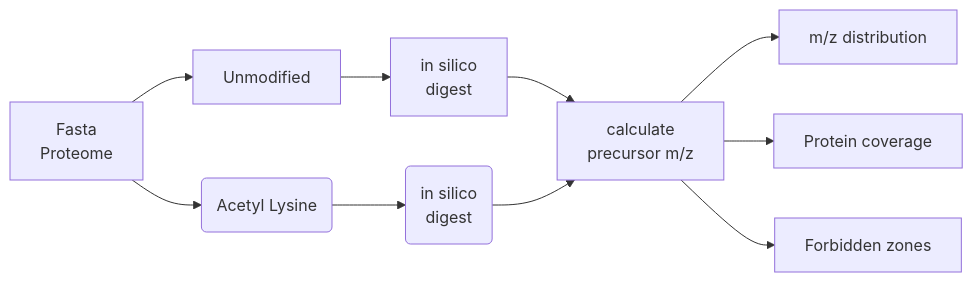
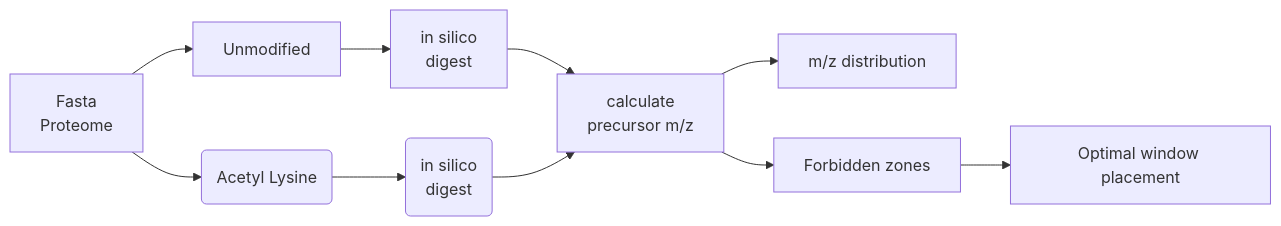
Before and after one commit to baezaj/baezaj.github.io: the diagram in posts/20231203-dia-window-optimization/index.qmd, drawn with Mermaid. The commit also changed other lines of this file and 21 other files, not shown here.

````diff
--- a/posts/20231203-dia-window-optimization/index.qmd
+++ b/posts/20231203-dia-window-optimization/index.qmd
@@ -33,15 +34,15 @@
 ```{mermaid}
 
 
 flowchart LR
   A[Fasta\nProteome] --> C[Unmodified]
   A[Fasta\nProteome] --> D(Acetyl Lysine)
   C --> E[in silico\ndigest]
   D --> F(in silico\ndigest)
   E --> G[calculate\nprecursor m/z]
   F --> G[calculate\nprecursor m/z]
   G --> H[m/z distribution]
-  G --> I[Protein coverage]
   G --> J[Forbidden zones]
+  J --> K[Optimal window placement]
   
 ```
````
